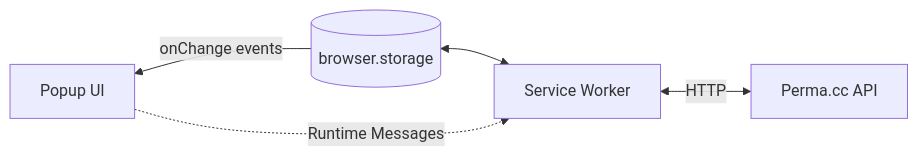
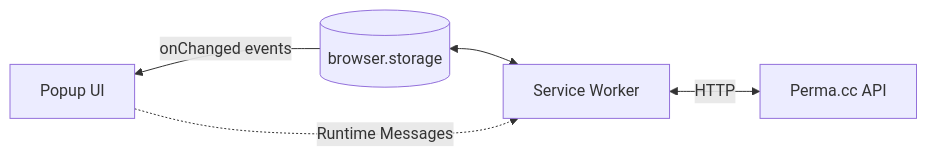
The diagram in README.md (harvard-lil/perma-extension), drawn with Mermaid before and after one commit.

````diff
--- a/README.md
+++ b/README.md
@@ -17,11 +17,11 @@
 ```mermaid
 flowchart RL
     A[Service Worker]
     B[(browser.storage)]
     C[Popup UI]
     D[Perma.cc API]
     A <--> B 
-    B --> |"onChange" events| C
+    B --> |onChanged events| C
     C -.-> |Runtime Messages| A
     D <--> |HTTP| A 
 ```
````
